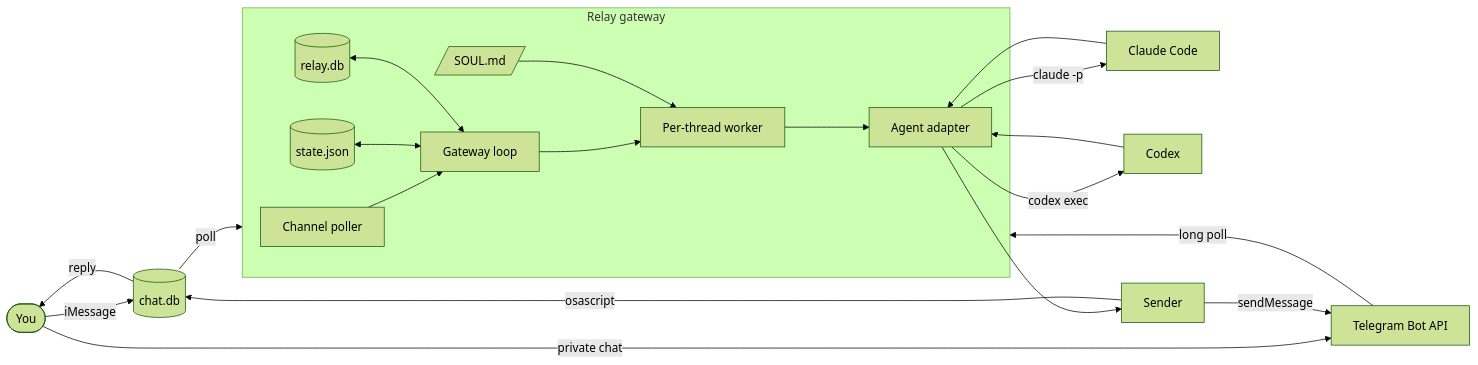
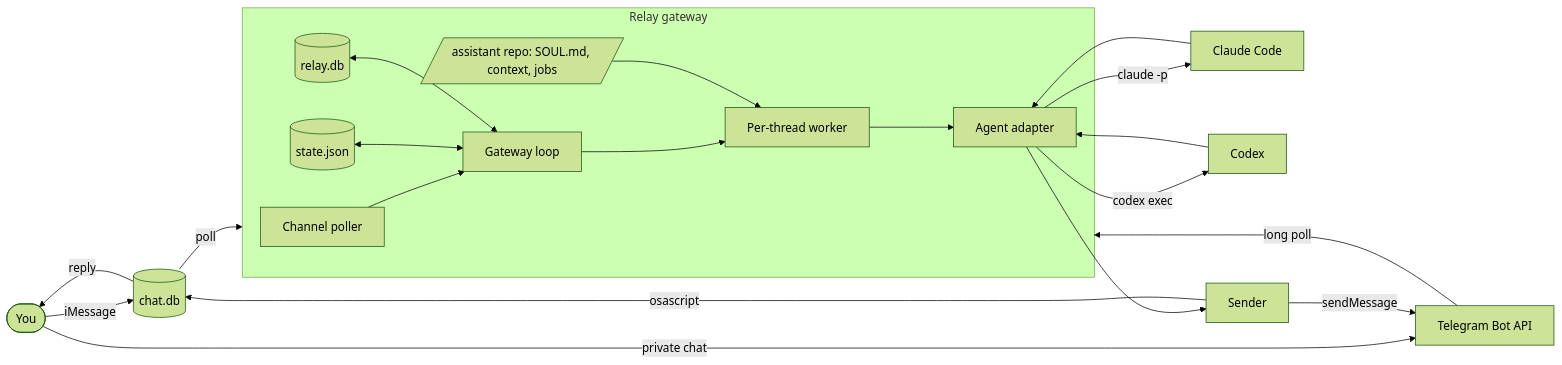
One commit to edheltzel/Relay changed the first of 2 diagrams in docs/architecture.md. Above: the diagram before and after it, drawn with Mermaid (forest theme). The commit also changed other lines of this file and 25 other files, not shown here.

````diff
--- a/docs/architecture.md
+++ b/docs/architecture.md
@@ -58,23 +64,23 @@
 ```mermaid
 flowchart LR
     user([You]) -->|iMessage| db[(chat.db)]
     user -->|private chat| tg[Telegram Bot API]
     db -->|poll| relay
     tg -->|long poll| relay
     subgraph relay[Relay gateway]
         poller[Channel poller] --> gateway[Gateway loop]
         gateway --> worker[Per-thread worker]
         store[(state.json)] <--> gateway
         history[(relay.db)] <--> gateway
-        soul[/SOUL.md/] --> worker
+        assistant[/assistant repo: SOUL.md, context, jobs/] --> worker
         worker --> adapter[Agent adapter]
     end
     adapter -->|claude -p| claude[Claude Code]
     adapter -->|codex exec| codex[Codex]
     claude --> adapter
     codex --> adapter
     adapter --> sender[Sender]
     sender -->|osascript| db
     sender -->|sendMessage| tg
     db -->|reply| user
 ```
````
